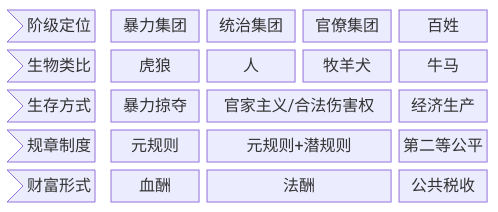
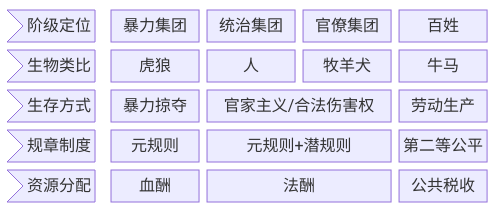
One commit to El25Aleph/_Aleph changed the diagram in SS-血酬定律-潜规则-吴思访谈.md. Above: the diagram before and after it, drawn with Mermaid. The commit also changed other lines of this file, not shown here.

````diff
--- a/SS-血酬定律-潜规则-吴思访谈.md
+++ b/SS-血酬定律-潜规则-吴思访谈.md
@@ -57,16 +77,16 @@
 ```mermaid
 
 block-beta
 
 columns 5
 
 A0>"阶级定位"] 暴力集团 统治集团 官僚集团 百姓
 
 A1>"生物类比"] 虎狼 人 牧羊犬 牛马
 
-A2>"生存方式"] 暴力掠夺 官家主义/合法伤害权:2 经济生产
+A2>"生存方式"] 暴力掠夺 官家主义/合法伤害权:2 劳动生产
 
 A3>"规章制度"] 元规则 元规则+潜规则:2 第二等公平
 
-A4>"财富形式"] 血酬 法酬:2 公共税收
+A4>"资源分配"] 血酬 法酬:2 公共税收
 ```
````
